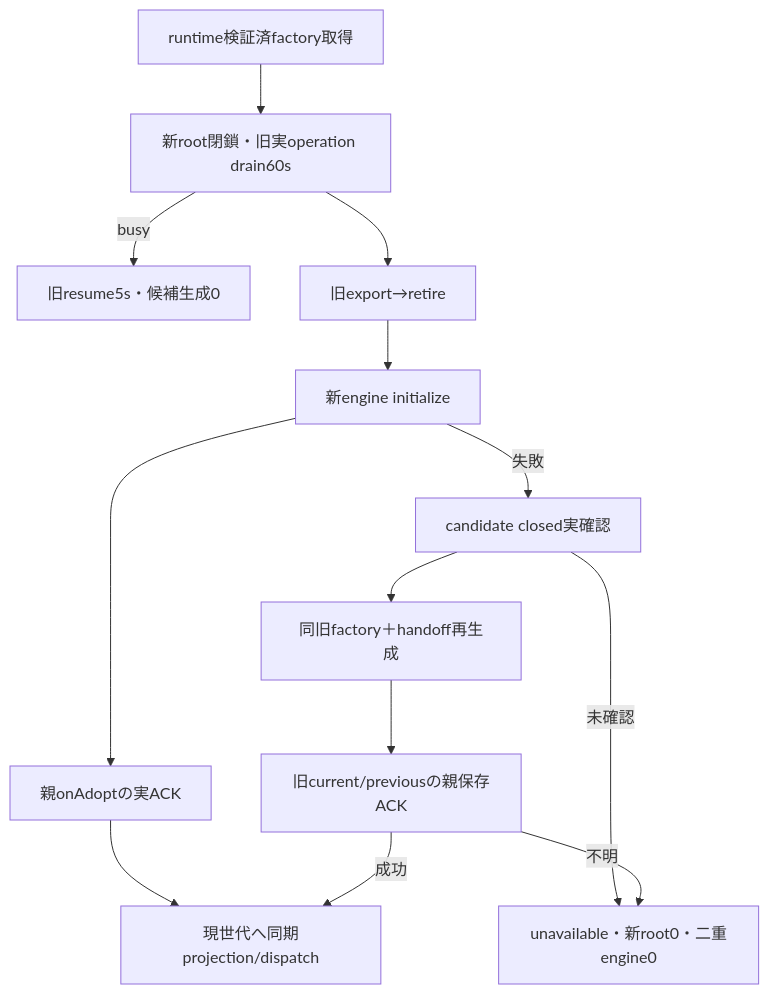
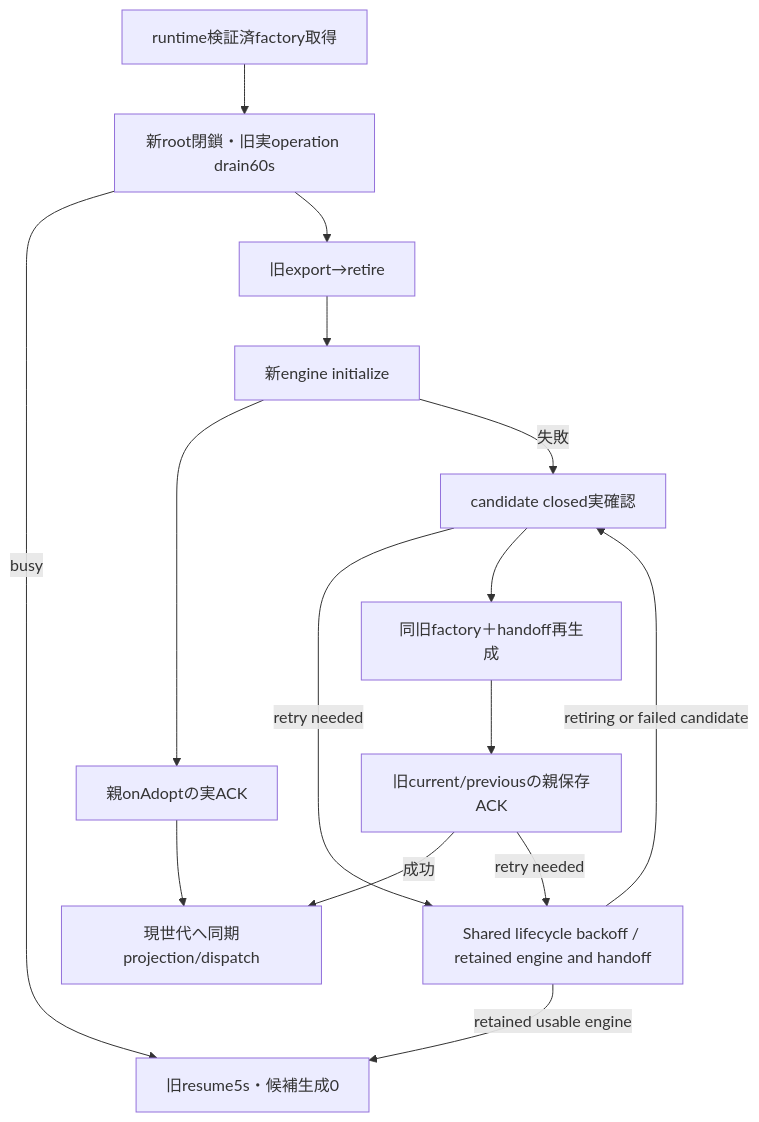
One commit to kitepon/BellTeam changed the second of 5 diagrams in docs/architecture/modules/execution/host-factory.md. Above: the diagram before and after it, drawn with Mermaid. The commit also changed other lines of this file and 17 other files, not shown here.

````diff
--- a/docs/architecture/modules/execution/host-factory.md
+++ b/docs/architecture/modules/execution/host-factory.md
@@ -41,15 +43,17 @@
 ```mermaid
 flowchart TD
   Load["runtime検証済factory取得"] --> Close["新root閉鎖・旧実operation drain60s"]
   Close -->|busy| Resume["旧resume5s・候補生成0"]
   Close --> Export["旧export→retire"]
   Export --> Init["新engine initialize"]
   Init --> Save["親onAdoptの実ACK"]
   Save --> Running["現世代へ同期projection/dispatch"]
   Init -->|失敗| Cleanup["candidate closed実確認"]
-  Cleanup -->|未確認| Unavailable["unavailable・新root0・二重engine0"]
+  Cleanup -->|retry needed| Backoff["Shared lifecycle backoff / retained engine and handoff"]
   Cleanup --> Restore["同旧factory＋handoff再生成"]
   Restore --> OldSave["旧current/previousの親保存ACK"]
   OldSave -->|成功| Running
-  OldSave -->|不明| Unavailable
+  OldSave -->|retry needed| Backoff
+  Backoff -->|retained usable engine| Resume
+  Backoff -->|retiring or failed candidate| Cleanup
 ```
````
